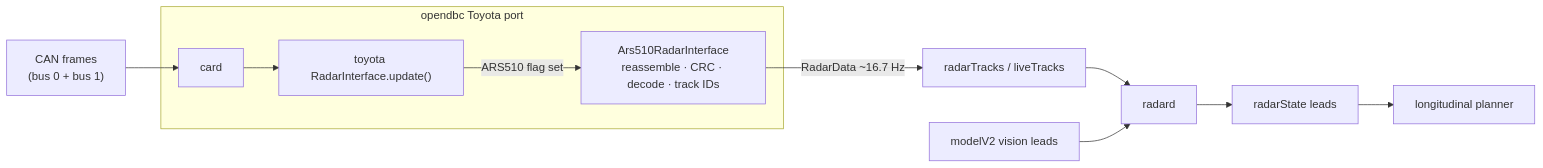
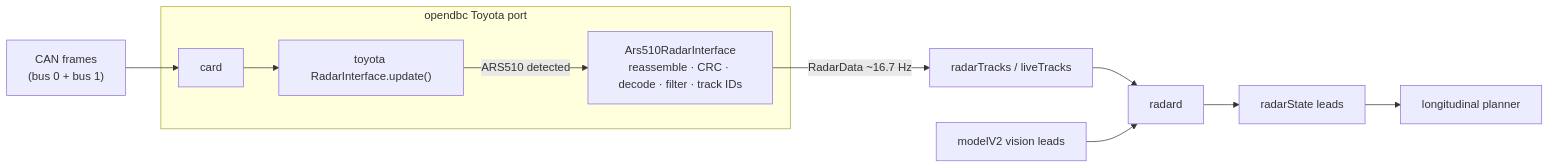
One commit to ds-sebastian/ars510-radar changed the diagram in docs/08_openpilot_integration.md. Above: the diagram before and after it, drawn with Mermaid. The commit also changed other lines of this file and 10 other files, not shown here.

````diff
--- a/docs/08_openpilot_integration.md
+++ b/docs/08_openpilot_integration.md
@@ -6,11 +6,11 @@
 ```mermaid
 flowchart LR
     CAN["CAN frames<br/>(bus 0 + bus 1)"] --> card
     subgraph opendbc Toyota port
         card --> RI["toyota RadarInterface.update()"]
-        RI -- "ARS510 flag set" --> A["Ars510RadarInterface<br/>reassemble · CRC · decode · track IDs"]
+        RI -- "ARS510 detected" --> A["Ars510RadarInterface<br/>reassemble · CRC · decode · filter · track IDs"]
     end
     A -- "RadarData ~16.7 Hz" --> T["radarTracks / liveTracks"]
     T --> radard --> RS["radarState leads"] --> P[longitudinal planner]
     V["modelV2 vision leads"] --> radard
 ```
````
